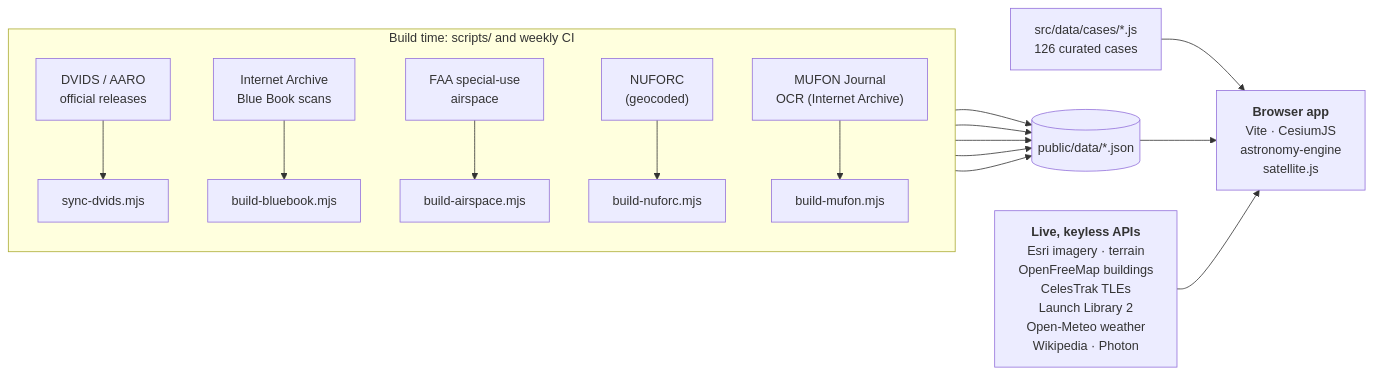
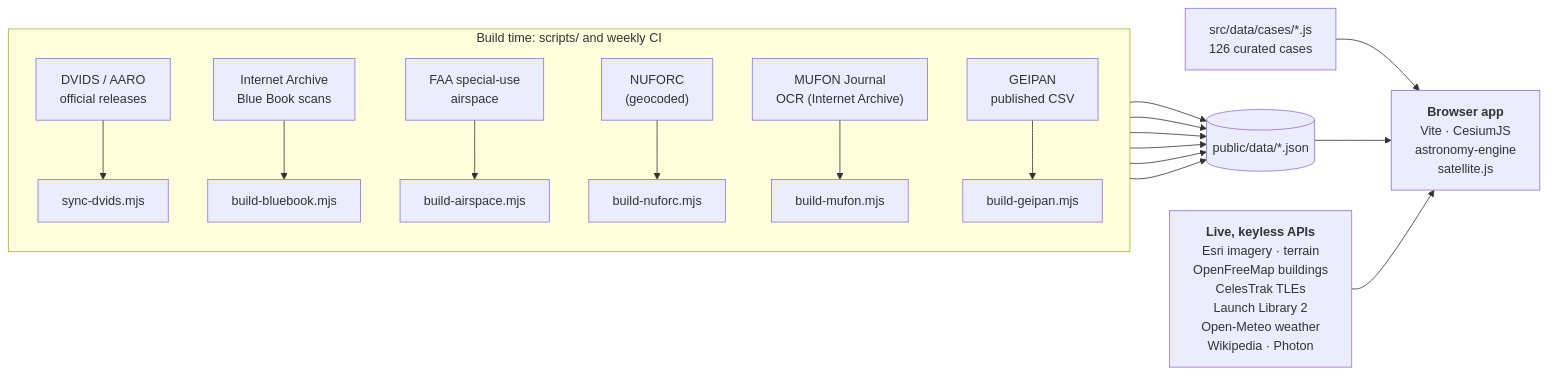
Before and after one commit to domw99/Gods-Eye-UAPs: the diagram in README.md, drawn with Mermaid. The commit also changed other lines of this file and 16 other files, not shown here.

````diff
--- a/README.md
+++ b/README.md
@@ -220,15 +233,16 @@
 ```mermaid
 flowchart LR
   subgraph build["Build time: scripts/ and weekly CI"]
     direction TB
     DVIDS["DVIDS / AARO<br/>official releases"] --> S1["sync-dvids.mjs"]
     IA["Internet Archive<br/>Blue Book scans"] --> S2["build-bluebook.mjs"]
     FAA["FAA special-use<br/>airspace"] --> S3["build-airspace.mjs"]
     NUF["NUFORC<br/>(geocoded)"] --> S4["build-nuforc.mjs"]
     MUF["MUFON Journal<br/>OCR (Internet Archive)"] --> S5["build-mufon.mjs"]
+    GEI["GEIPAN<br/>published CSV"] --> S6["build-geipan.mjs"]
   end
-  S1 & S2 & S3 & S4 & S5 --> DATA[("public/data/*.json")]
+  S1 & S2 & S3 & S4 & S5 & S6 --> DATA[("public/data/*.json")]
   CASES["src/data/cases/*.js<br/>126 curated cases"] --> APP
   DATA --> APP["<b>Browser app</b><br/>Vite · CesiumJS<br/>astronomy-engine<br/>satellite.js"]
   LIVE["<b>Live, keyless APIs</b><br/>Esri imagery · terrain<br/>OpenFreeMap buildings<br/>CelesTrak TLEs<br/>Launch Library 2<br/>Open-Meteo weather<br/>Wikipedia · Photon"] --> APP
 ```
````
